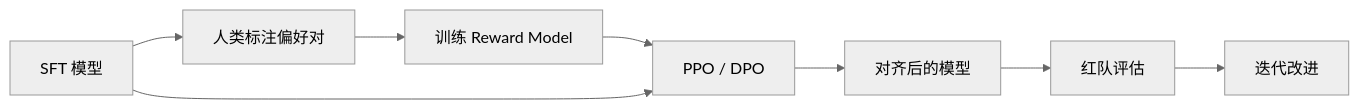
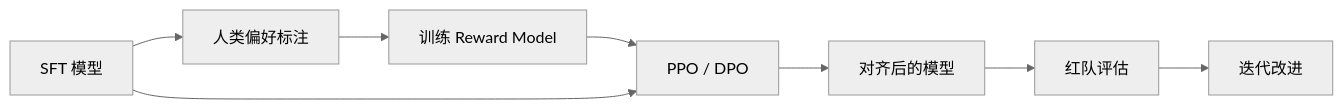
One commit to Laughingtt/agentkit changed the first of 6 diagrams in part-1-大模型基础/ch05-rlhf与对齐.md. Above: the diagram before and after it, drawn with Mermaid (neutral theme). The commit also changed other lines of this file and 1 other file, not shown here.

Commit message:
Fix Ch5: 初学者可懂性优化（直觉优先 + 增加类比/图示 + 简化公式）

````diff
--- a/part-1-大模型基础/ch05-rlhf与对齐.md
+++ b/part-1-大模型基础/ch05-rlhf与对齐.md
@@ -19,10 +19,10 @@
 ```mermaid
 graph LR
-    A[SFT 模型] --> B[人类标注偏好对]
+    A[SFT 模型] --> B[人类偏好标注]
     B --> C[训练 Reward Model]
     C --> D[PPO / DPO]
     A --> D
     D --> E[对齐后的模型]
     E --> F[红队评估]
     F --> G[迭代改进]
 ```
````
